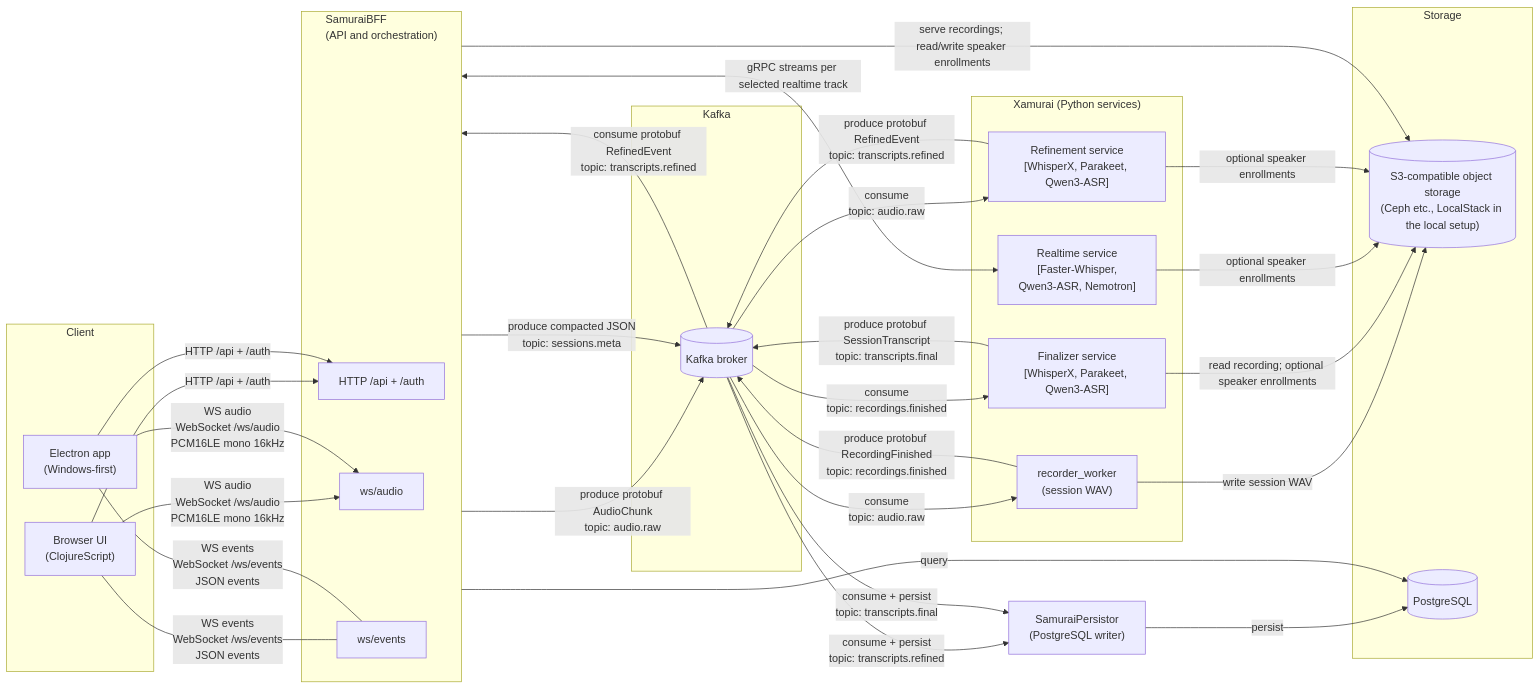
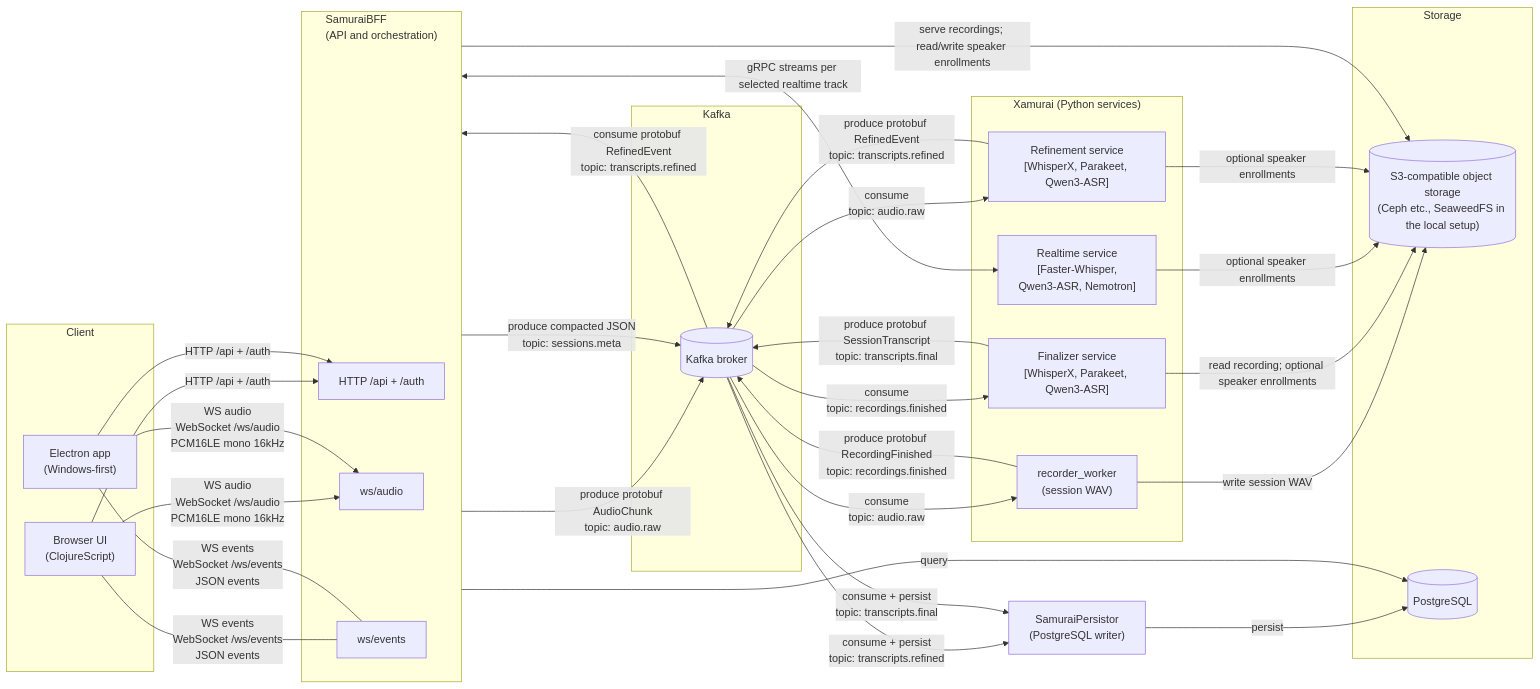
The diagram in README.md (nanosamurai/nanosamurai), drawn with Mermaid before and after one commit. The commit also changed other lines of this file and 5 other files, not shown here.

First line of the commit message:
Document the SeaweedFS S3 store

````diff
--- a/README.md
+++ b/README.md
@@ -60,63 +60,63 @@
 ```mermaid
 flowchart LR
     subgraph Client
         Browser["Browser UI<br/>(ClojureScript)"]
         Electron["Electron app<br/>(Windows-first)"]
     end
 
     subgraph SamuraiBFF["SamuraiBFF<br/>(API and orchestration)"]
         HTTP[HTTP /api + /auth]
         WSAudio[ws/audio]
         WSEvents[ws/events]
     end
 
     subgraph Xamurai["Xamurai (Python services)"]
         RealtimeService["Realtime service<br/>[Faster-Whisper,<br/>Qwen3-ASR, Nemotron]"]
         RefinementService["Refinement service<br/>[WhisperX, Parakeet, Qwen3-ASR]"]
         RecorderWorker["recorder_worker<br/>(session WAV)"]
         FinalizerService["Finalizer service<br/>[WhisperX, Parakeet, Qwen3-ASR]"]
     end
 
     Browser -->|HTTP /api + /auth| HTTP
     Browser -->|"WS audio<br/>WebSocket /ws/audio<br/>PCM16LE mono 16kHz"| WSAudio
     Browser ---|"WS events<br/>WebSocket /ws/events<br/>JSON events"| WSEvents
 
     Electron -->|HTTP /api + /auth| HTTP
     Electron -->|"WS audio<br/>WebSocket /ws/audio<br/>PCM16LE mono 16kHz"| WSAudio
     Electron ---|"WS events<br/>WebSocket /ws/events<br/>JSON events"| WSEvents
 
     SamuraiBFF <-->|"gRPC streams per selected realtime track"| RealtimeService
 
     subgraph Kafka["Kafka"]
         KafkaBroker[(Kafka broker)]
     end
 
     subgraph Storage["Storage"]
-        ObjectStore[("S3-compatible object storage<br/>(Ceph etc., LocalStack in the local setup)")]
+        ObjectStore[("S3-compatible object storage<br/>(Ceph etc., SeaweedFS in the local setup)")]
         Postgres[(PostgreSQL)]
     end
 
     SamuraiBFF -->|"produce protobuf AudioChunk<br/>topic: audio.raw"| KafkaBroker
     SamuraiBFF -->|"produce compacted JSON<br/>topic: sessions.meta"| KafkaBroker
 
     KafkaBroker -->|"consume protobuf RefinedEvent<br/>topic: transcripts.refined"| SamuraiBFF
     KafkaBroker -->|"consume<br/>topic: audio.raw"| RefinementService
     RefinementService -->|"produce protobuf RefinedEvent<br/>topic: transcripts.refined"| KafkaBroker
 
     KafkaBroker -->|"consume<br/>topic: audio.raw"| RecorderWorker
     RecorderWorker -->|"produce protobuf RecordingFinished<br/>topic: recordings.finished"| KafkaBroker
 
     KafkaBroker -->|"consume<br/>topic: recordings.finished"| FinalizerService
     FinalizerService -->|"produce protobuf SessionTranscript<br/>topic: transcripts.final"| KafkaBroker
 
     RecorderWorker -->|"write session WAV"| ObjectStore
     FinalizerService -->|"read recording; optional speaker enrollments"| ObjectStore
     SamuraiBFF -->|"serve recordings; read/write speaker enrollments"| ObjectStore
     RealtimeService -->|"optional speaker enrollments"| ObjectStore
     RefinementService -->|"optional speaker enrollments"| ObjectStore
 
     KafkaBroker -->|"consume + persist<br/>topic: transcripts.refined"| Persistor["SamuraiPersistor<br/>(PostgreSQL writer)"]
     KafkaBroker -->|"consume + persist<br/>topic: transcripts.final"| Persistor
     Persistor -->|persist| Postgres
     SamuraiBFF -->|query| Postgres
 ```
````
